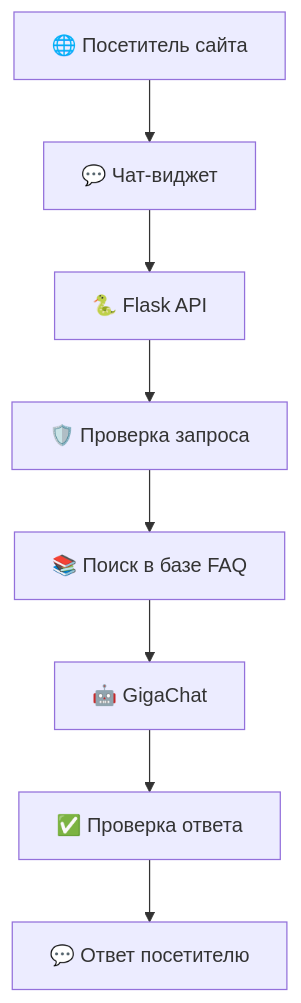
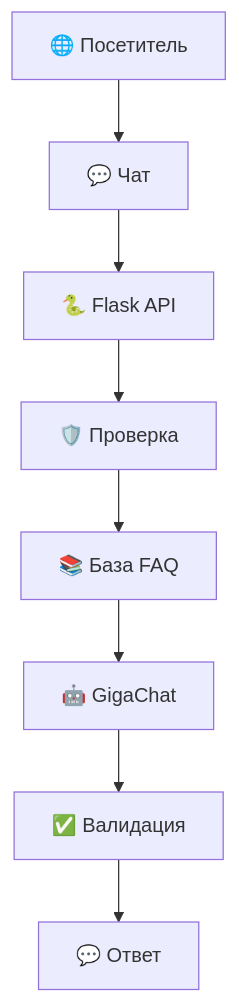
Before and after one commit to andrgol12-sys/aigolubev-website: the first of 2 diagrams in README.md, drawn with Mermaid. The commit also changed other lines of this file, not shown here.

Commit message:
docs: fix Mermaid diagram labels

````diff
--- a/README.md
+++ b/README.md
@@ -70,10 +70,10 @@
 ```mermaid
 flowchart TD
-    A["🌐 Посетитель сайта"] --> B["💬 Чат-виджет"]
+    A["🌐 Посетитель"] --> B["💬 Чат"]
     B --> C["🐍 Flask API"]
-    C --> D["🛡️ Проверка запроса"]
-    D --> E["📚 Поиск в базе FAQ"]
+    C --> D["🛡️ Проверка"]
+    D --> E["📚 База FAQ"]
     E --> F["🤖 GigaChat"]
-    F --> G["✅ Проверка ответа"]
-    G --> H["💬 Ответ посетителю"]
+    F --> G["✅ Валидация"]
+    G --> H["💬 Ответ"]
 ```
````
